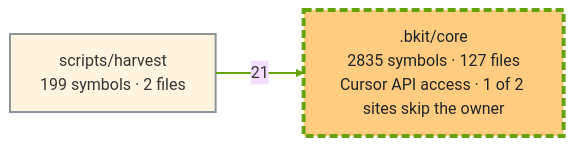
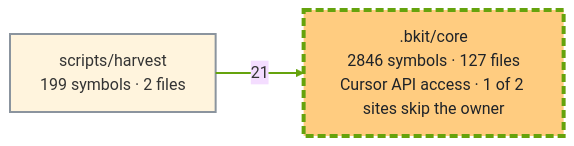
Before and after one commit to cbartens/bkit: the first of 2 diagrams in docs/capabilities.md, drawn with Mermaid (base theme). The commit also changed other lines of this file and 45 other files, not shown here.

````diff
--- a/docs/capabilities.md
+++ b/docs/capabilities.md
@@ -150,16 +150,16 @@
 ```mermaid
 ---
 config:
   layout: elk
   flowchart:
     useMaxWidth: false
 ---
 flowchart LR
-  %% Generated by bkit-graphify-rollup.py from 26e4542d620565201bcbe45ed48010dd44596aba — do not edit
-  n_bkit_core[".bkit/core<br/>2835 symbols · 127 files<br/>Cursor API access · 1 of 2 sites skip the owner"]
+  %% Generated by bkit-graphify-rollup.py from 163e09176b62d4ed9d1cb7c06e5d53b7cd5678d1 — do not edit
+  n_bkit_core[".bkit/core<br/>2846 symbols · 127 files<br/>Cursor API access · 1 of 2 sites skip the owner"]
   nscripts_harvest["scripts/harvest<br/>199 symbols · 2 files"]
   nscripts_harvest -->|21| n_bkit_core
   style n_bkit_core stroke:#65a30d,stroke-width:4px,stroke-dasharray:8 4,fill:#ffcc80,color:#1f2328
   style nscripts_harvest stroke:#8b949e,stroke-width:2px
   linkStyle 0 stroke:#65a30d,stroke-width:2px
 ```
````
